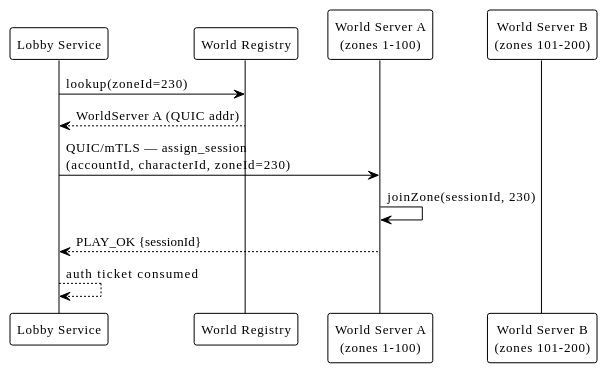
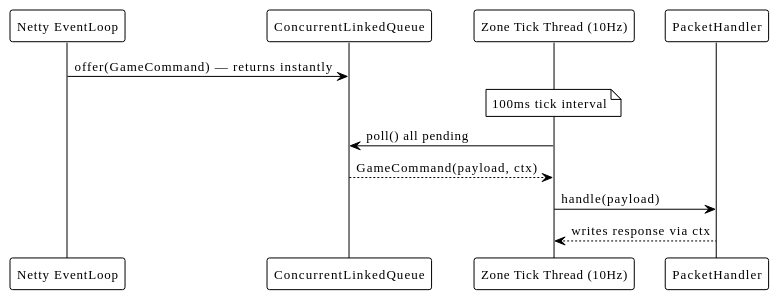
The sixth of 6 diagrams in docs/network-architecture.md (TheStackTraceWhisperer/catalyst), drawn with PlantUML before and after one commit. The commit also changed other lines of this file, not shown here.

Commit message:
docs: rewrite network-architecture.md to reflect actual codebase state, remove stale milestone/target framing

````diff
--- a/docs/network-architecture.md
+++ b/docs/network-architecture.md
@@ -363,18 +320,18 @@
 ```plantuml
-@startuml zone_assign
+@startuml dispatch
 !theme plain
 skinparam defaultFontSize 13
 
-participant "Lobby Service" as L
-participant "World Registry" as WR
-participant "World Server A\n(zones 1-100)" as WA
-participant "World Server B\n(zones 101-200)" as WB
+participant "Netty EventLoop" as EL
+participant "ConcurrentLinkedQueue" as Q
+participant "Zone Tick Thread (10Hz)" as TL
+participant "PacketHandler" as H
 
-L -> WR : lookup(zoneId=230)
-WR --> L : WorldServer A (QUIC addr)
-L -> WA : QUIC/mTLS — assign_session\n(accountId, characterId, zoneId=230)
-WA -> WA : joinZone(sessionId, 230)
-WA --> L : PLAY_OK {sessionId}
-L --> L : auth ticket consumed
+EL -> Q : offer(GameCommand) — returns instantly
+note over TL: 100ms tick interval
+TL -> Q : poll() all pending
+Q --> TL : GameCommand(payload, ctx)
+TL -> H : handle(payload)
+H --> TL : writes response via ctx
 @enduml
 ```
````
